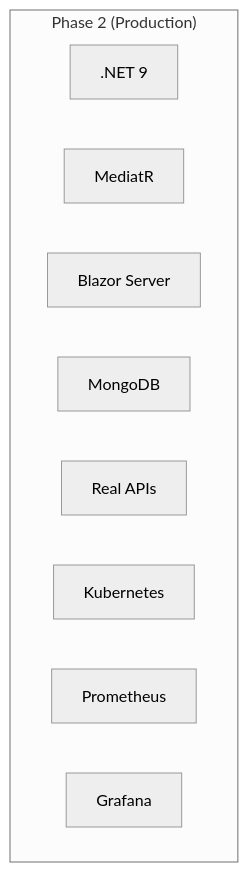
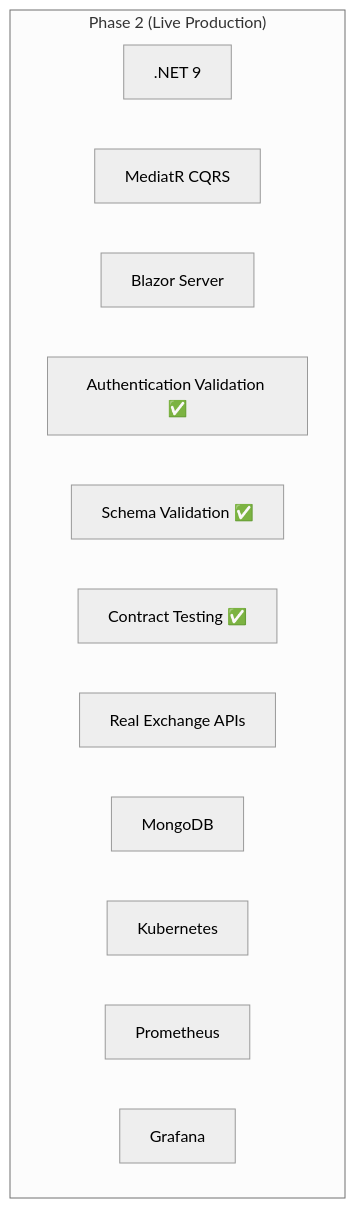
The second of 3 diagrams in ROADMAP.md (ygor/crypto-arbitrage), drawn with Mermaid (neutral theme) before and after one commit. The commit also changed other lines of this file and 5 other files, not shown here.

````diff
--- a/ROADMAP.md
+++ b/ROADMAP.md
@@ -293,13 +361,16 @@
 ```mermaid
 graph TB
-    subgraph "Phase 2 (Production)"
+    subgraph "Phase 2 (Live Production)"
         NET9[.NET 9]
-        MR[MediatR]
+        MR[MediatR CQRS]
         BLZ[Blazor Server]
+        AUTH[Authentication Validation ✅]
+        SCHEMA[Schema Validation ✅]
+        CONTRACT[Contract Testing ✅]
+        REAL[Real Exchange APIs]
         MONGO[MongoDB]
-        REAL[Real APIs]
         K8S[Kubernetes]
         PROM[Prometheus]
         GRAF[Grafana]
     end
 ```
````
